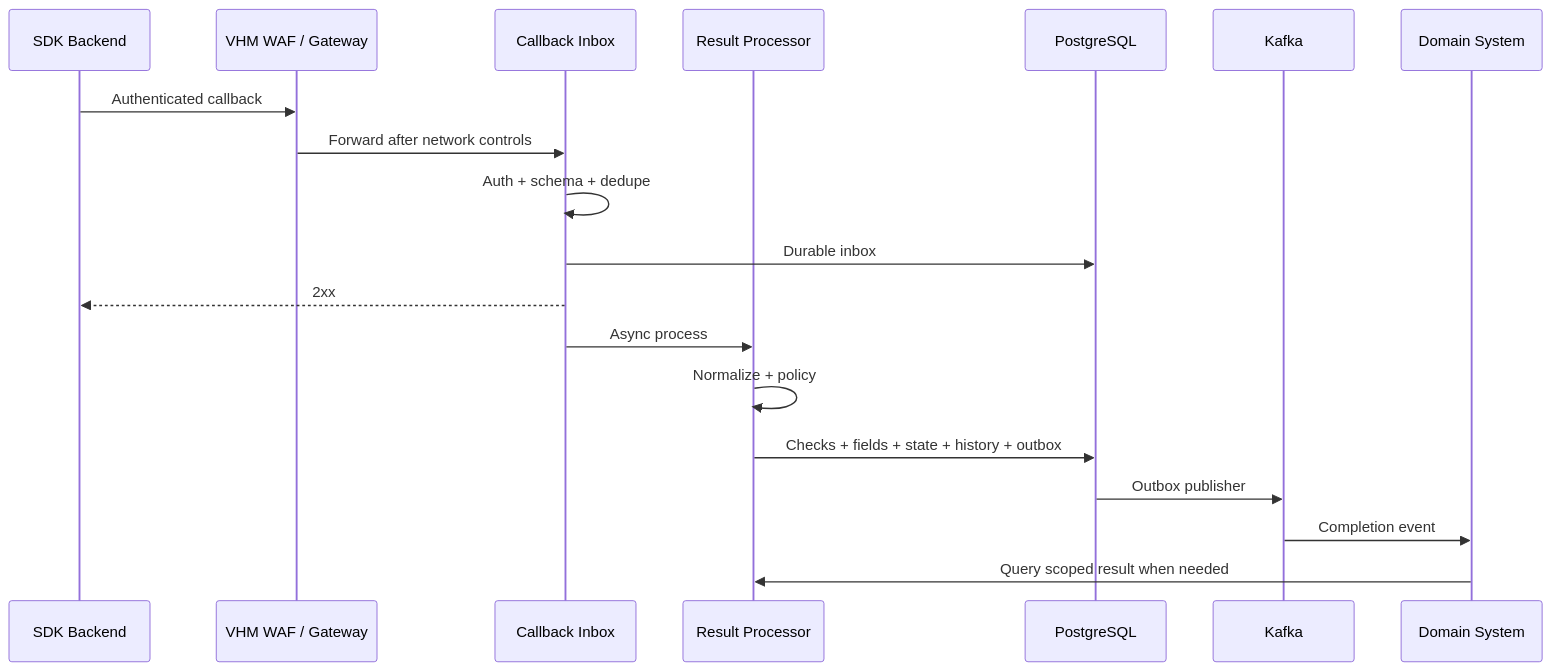
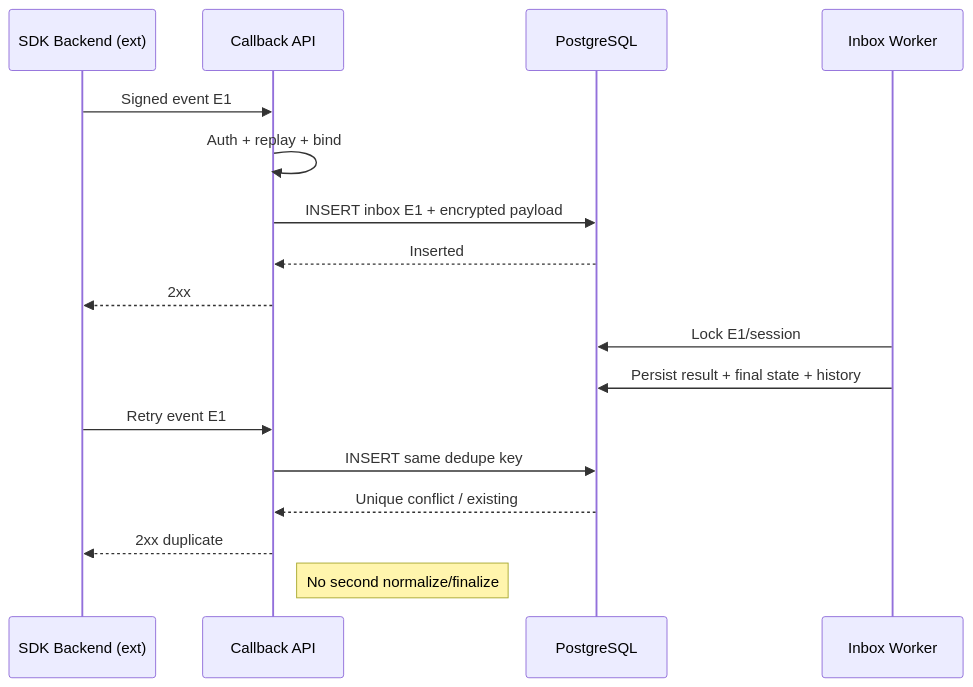
Before and after one commit to huynv-xyz/vhm: diagram 17 of 23 in README.md, drawn with Mermaid. The commit also changed other lines of this file, not shown here.

````diff
--- a/README.md
+++ b/README.md
@@ -2047,21 +1856,19 @@
 ```mermaid
 sequenceDiagram
-    participant PROVIDER as SDK Backend
-    participant GW as VHM WAF / Gateway
-    participant INBOX as Callback Inbox
-    participant PROCESSOR as Result Processor
-    participant PG as PostgreSQL
-    participant K as Kafka
-    participant DOMAIN as Domain System
-    PROVIDER->>GW: Authenticated callback
-    GW->>INBOX: Forward after network controls
-    INBOX->>INBOX: Auth + schema + dedupe
-    INBOX->>PG: Durable inbox
-    INBOX-->>PROVIDER: 2xx
-    INBOX->>PROCESSOR: Async process
-    PROCESSOR->>PROCESSOR: Normalize + policy
-    PROCESSOR->>PG: Checks + fields + state + history + outbox
-    PG->>K: Outbox publisher
-    K->>DOMAIN: Completion event
-    DOMAIN->>PROCESSOR: Query scoped result when needed
+    participant BACKEND as SDK Backend (ext)
+    participant CALLBACK as Callback API
+    participant DB as PostgreSQL
+    participant WORKER as Inbox Worker
+    BACKEND->>CALLBACK: Signed event E1
+    CALLBACK->>CALLBACK: Auth + replay + bind
+    CALLBACK->>DB: INSERT inbox E1 + encrypted payload
+    DB-->>CALLBACK: Inserted
+    CALLBACK-->>BACKEND: 2xx
+    WORKER->>DB: Lock E1/session
+    WORKER->>DB: Persist result + final state + history
+    BACKEND->>CALLBACK: Retry event E1
+    CALLBACK->>DB: INSERT same dedupe key
+    DB-->>CALLBACK: Unique conflict / existing
+    CALLBACK-->>BACKEND: 2xx duplicate
+    Note right of CALLBACK: No second normalize/finalize
 ```
````
